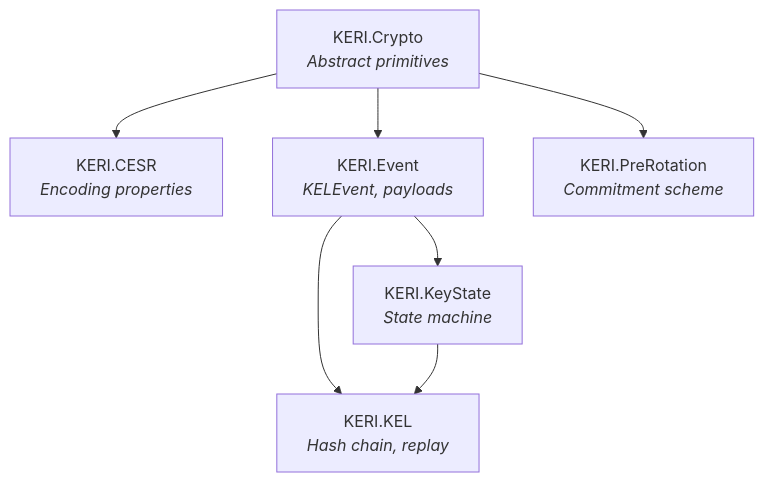
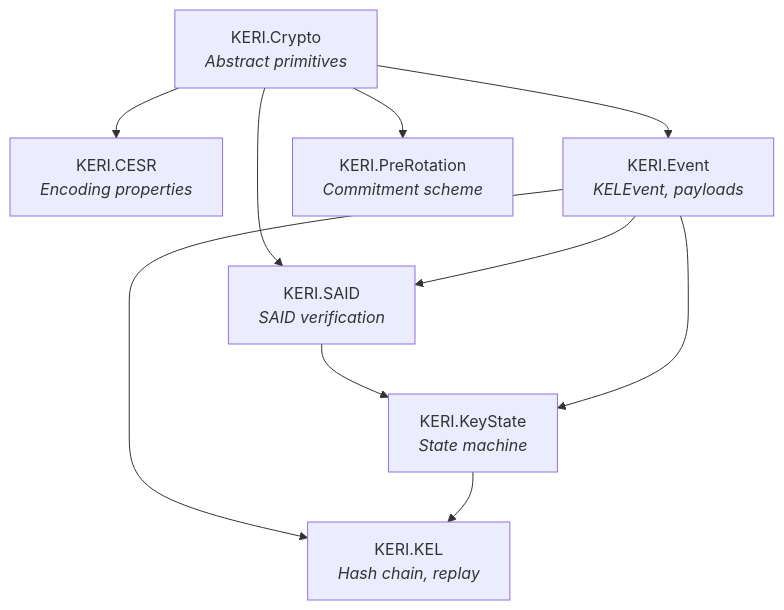
Before and after one commit to paolino/keri-lean: the first of 3 diagrams in docs/invariants/overview.md, drawn with Mermaid. The commit also changed other lines of this file and 2 other files, not shown here.

First line of the commit message:
docs: add keri-* roadmap for kelgroups support

````diff
--- a/docs/invariants/overview.md
+++ b/docs/invariants/overview.md
@@ -7,16 +7,20 @@
 ```mermaid
 graph TD
     Crypto["KERI.Crypto<br/><i>Abstract primitives</i>"]
     CESR["KERI.CESR<br/><i>Encoding properties</i>"]
     Event["KERI.Event<br/><i>KELEvent, payloads</i>"]
+    SAID["KERI.SAID<br/><i>SAID verification</i>"]
     KeyState["KERI.KeyState<br/><i>State machine</i>"]
     KEL["KERI.KEL<br/><i>Hash chain, replay</i>"]
     PreRot["KERI.PreRotation<br/><i>Commitment scheme</i>"]
 
     Crypto --> CESR
     Crypto --> Event
+    Crypto --> SAID
     Crypto --> PreRot
+    Event --> SAID
+    SAID --> KeyState
     Event --> KeyState
     Event --> KEL
     KeyState --> KEL
 ```
````
